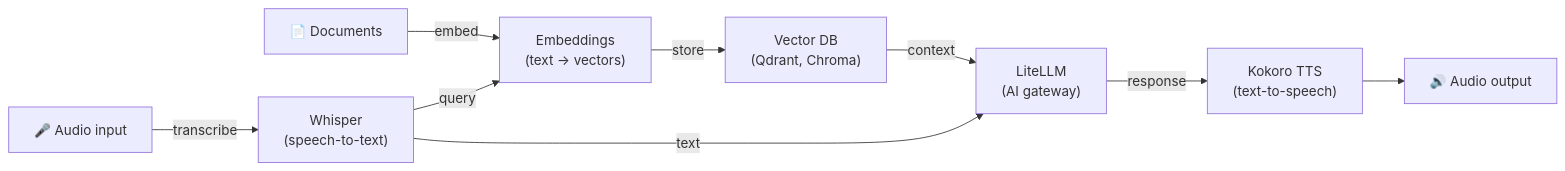
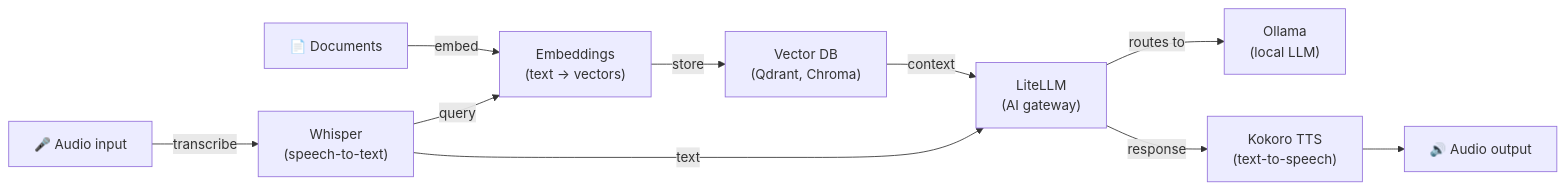
One commit to hwdsl2/whisper-install changed the diagram in README.md. Above: the diagram before and after it, drawn with Mermaid. The commit also changed other lines of this file and 3 other files, not shown here.

````diff
--- a/README.md
+++ b/README.md
@@ -443,11 +443,12 @@
 ```mermaid
 graph LR
     D["📄 Documents"] -->|embed| E["Embeddings<br/>(text → vectors)"]
     E -->|store| VDB["Vector DB<br/>(Qdrant, Chroma)"]
     A["🎤 Audio input"] -->|transcribe| W["Whisper<br/>(speech-to-text)"]
     W -->|query| E
     VDB -->|context| L["LiteLLM<br/>(AI gateway)"]
     W -->|text| L
+    L -->|routes to| O["Ollama<br/>(local LLM)"]
     L -->|response| T["Kokoro TTS<br/>(text-to-speech)"]
     T --> B["🔊 Audio output"]
 ```
````
